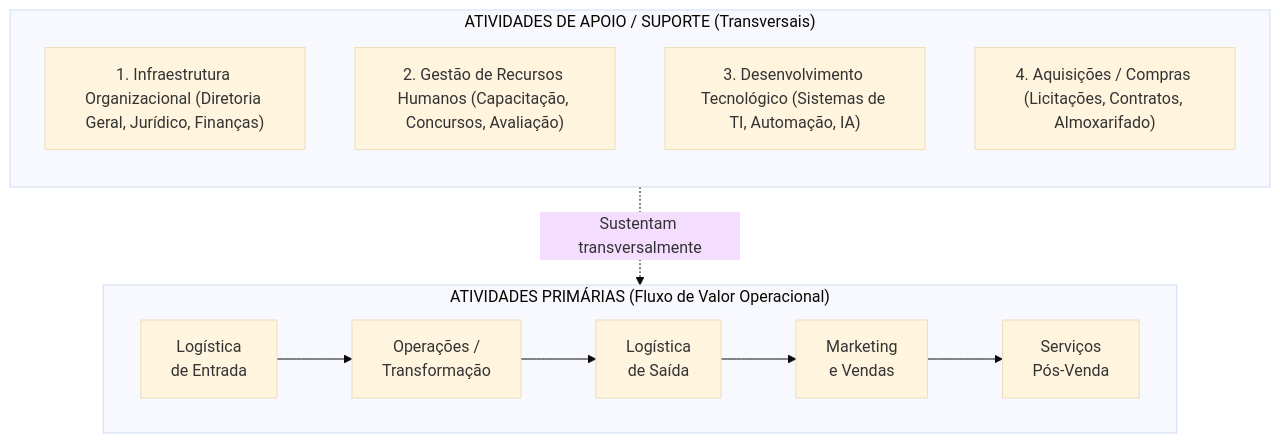
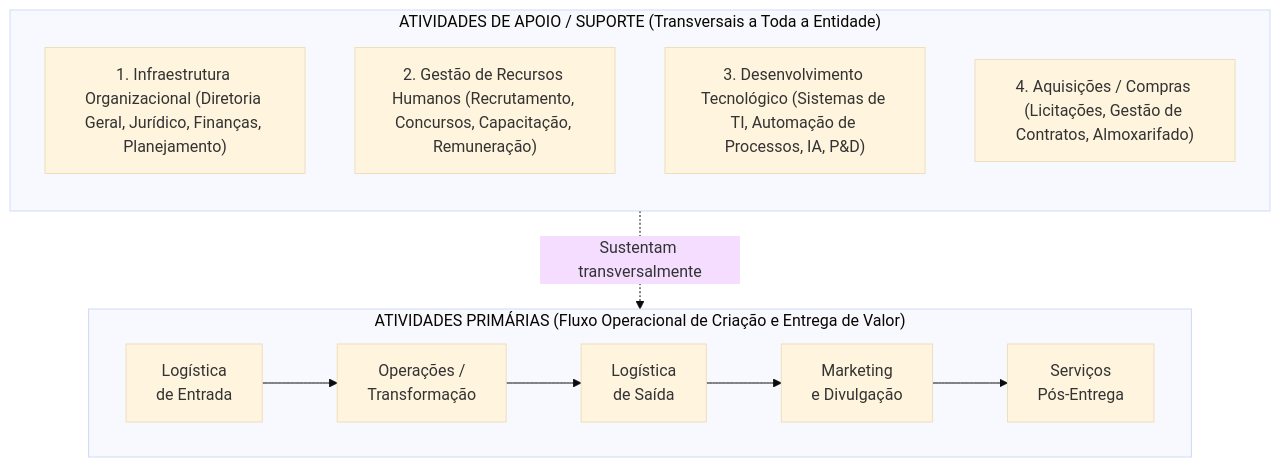
One commit to thiagosantos346/TCE-GO-2027 changed the first of 3 diagrams in fontes_de_estudo/conhecimentos_especificos_a01_tecnico_administrativo/23_administracao_estrategica/03_cadeia_de_valor_bsc_e_execucao_estrategica.md. Above: the diagram before and after it, drawn with Mermaid (base theme). The commit also changed other lines of this file and 119 other files, not shown here.

````diff
--- a/fontes_de_estudo/conhecimentos_especificos_a01_tecnico_administrativo/23_administracao_estrategica/03_cadeia_de_valor_bsc_e_execucao_estrategica.md
+++ b/fontes_de_estudo/conhecimentos_especificos_a01_tecnico_administrativo/23_administracao_estrategica/03_cadeia_de_valor_bsc_e_execucao_estrategica.md
@@ -72,20 +42,20 @@
 ```mermaid
 flowchart TD
-    subgraph Apoio ["ATIVIDADES DE APOIO / SUPORTE (Transversais)"]
+    subgraph Apoio ["ATIVIDADES DE APOIO / SUPORTE (Transversais a Toda a Entidade)"]
         direction TB
-        A1["1. Infraestrutura Organizacional (Diretoria Geral, Jurídico, Finanças)"]
-        A2["2. Gestão de Recursos Humanos (Capacitação, Concursos, Avaliação)"]
-        A3["3. Desenvolvimento Tecnológico (Sistemas de TI, Automação, IA)"]
-        A4["4. Aquisições / Compras (Licitações, Contratos, Almoxarifado)"]
+        A1["1. Infraestrutura Organizacional (Diretoria Geral, Jurídico, Finanças, Planejamento)"]
+        A2["2. Gestão de Recursos Humanos (Recrutamento, Concursos, Capacitação, Remuneração)"]
+        A3["3. Desenvolvimento Tecnológico (Sistemas de TI, Automação de Processos, IA, P&D)"]
+        A4["4. Aquisições / Compras (Licitações, Gestão de Contratos, Almoxarifado)"]
     end
 
-    subgraph Primarias ["ATIVIDADES PRIMÁRIAS (Fluxo de Valor Operacional)"]
+    subgraph Primarias ["ATIVIDADES PRIMÁRIAS (Fluxo Operacional de Criação e Entrega de Valor)"]
         direction LR
         P1["Logística<br/>de Entrada"] --> P2["Operações /<br/>Transformação"]
         P2 --> P3["Logística<br/>de Saída"]
-        P3 --> P4["Marketing<br/>e Vendas"]
-        P4 --> P5["Serviços<br/>Pós-Venda"]
+        P3 --> P4["Marketing<br/>e Divulgação"]
+        P4 --> P5["Serviços<br/>Pós-Entrega"]
     end
 
     Apoio -.->|Sustentam transversalmente| Primarias
 ```
````
